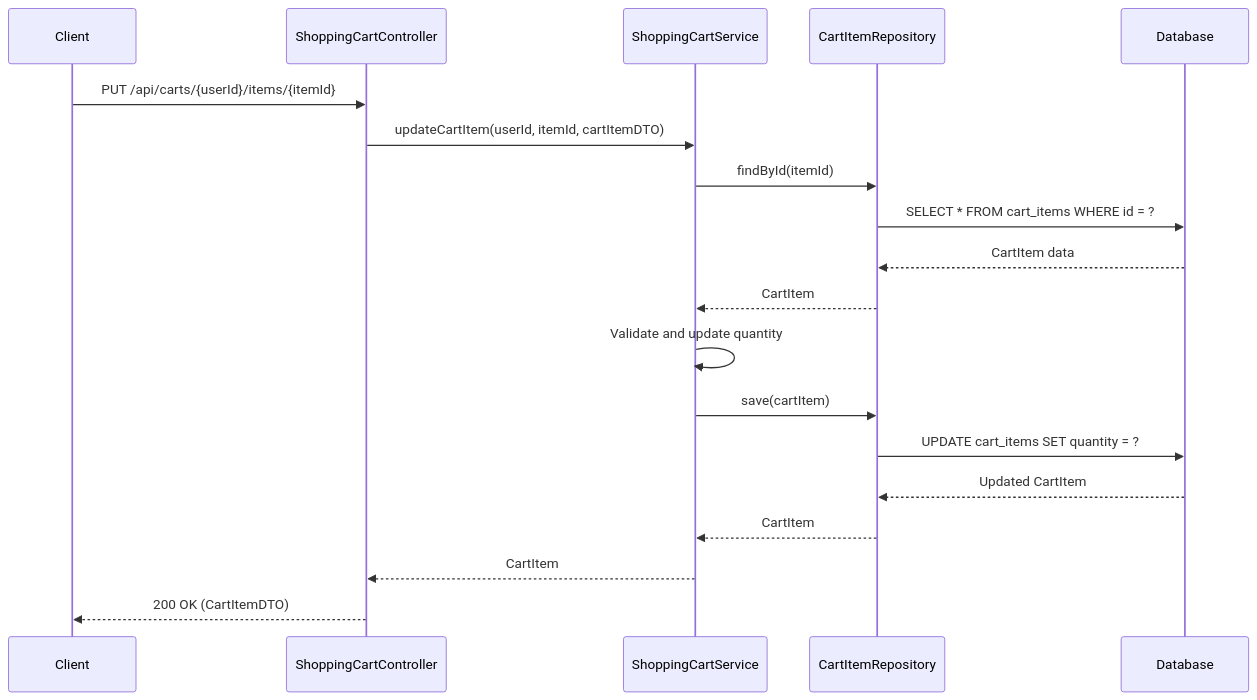
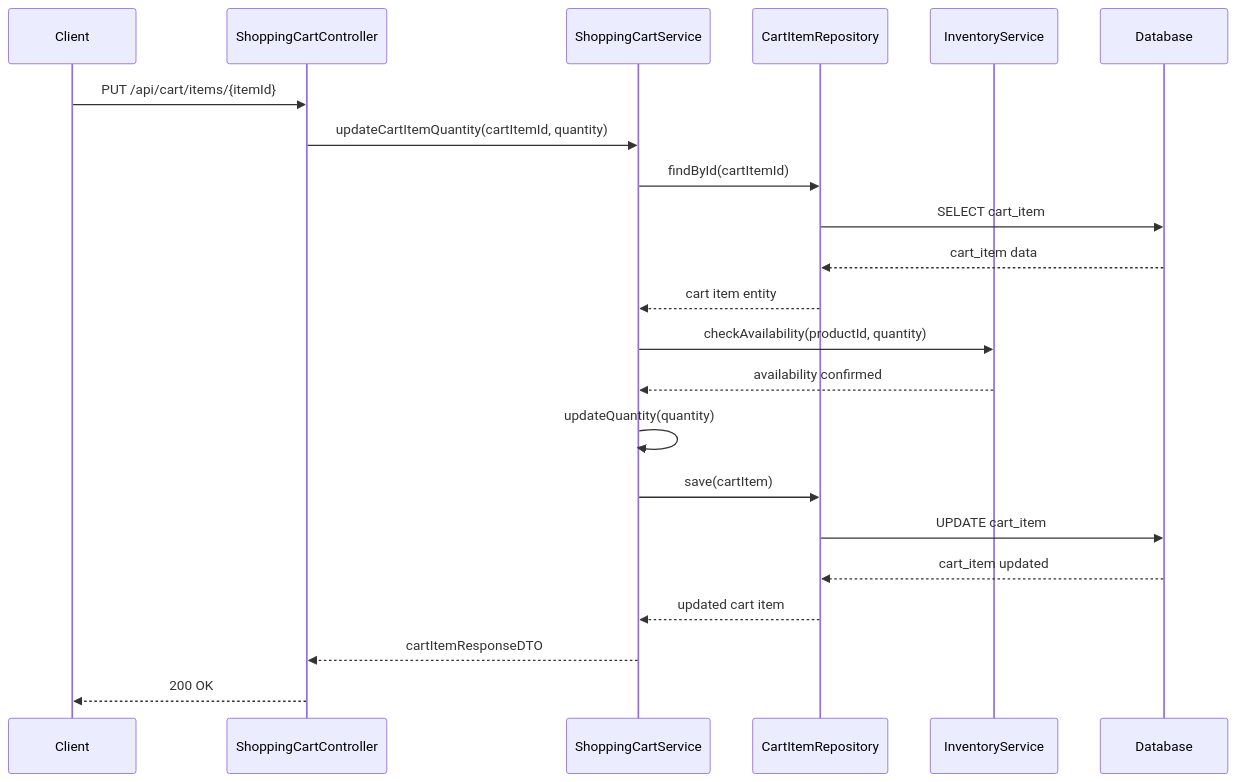
Before and after one commit to NavneetBN47/aava-ecom-demo: diagram 12 of 13 in docs/LLD/modified_lld.md, drawn with Mermaid. The commit also changed other lines of this file, not shown here.

````diff
--- a/docs/LLD/modified_lld.md
+++ b/docs/LLD/modified_lld.md
@@ -558,24 +548,25 @@
 ```mermaid
 sequenceDiagram
     participant Client
     participant ShoppingCartController
     participant ShoppingCartService
     participant CartItemRepository
+    participant InventoryService
     participant Database
 
-    Client->>ShoppingCartController: PUT /api/carts/{userId}/items/{itemId}
-    ShoppingCartController->>ShoppingCartService: updateCartItem(userId, itemId, cartItemDTO)
-    ShoppingCartService->>CartItemRepository: findById(itemId)
-    CartItemRepository->>Database: SELECT * FROM cart_items WHERE id = ?
-    Database-->>CartItemRepository: CartItem data
-    CartItemRepository-->>ShoppingCartService: CartItem
-    
-    ShoppingCartService->>ShoppingCartService: Validate and update quantity
+    Client->>ShoppingCartController: PUT /api/cart/items/{itemId}
+    ShoppingCartController->>ShoppingCartService: updateCartItemQuantity(cartItemId, quantity)
+    ShoppingCartService->>CartItemRepository: findById(cartItemId)
+    CartItemRepository->>Database: SELECT cart_item
+    Database-->>CartItemRepository: cart_item data
+    CartItemRepository-->>ShoppingCartService: cart item entity
+    ShoppingCartService->>InventoryService: checkAvailability(productId, quantity)
+    InventoryService-->>ShoppingCartService: availability confirmed
+    ShoppingCartService->>ShoppingCartService: updateQuantity(quantity)
     ShoppingCartService->>CartItemRepository: save(cartItem)
-    CartItemRepository->>Database: UPDATE cart_items SET quantity = ?
-    Database-->>CartItemRepository: Updated CartItem
-    CartItemRepository-->>ShoppingCartService: CartItem
-    
-    ShoppingCartService-->>ShoppingCartController: CartItem
-    ShoppingCartController-->>Client: 200 OK (CartItemDTO)
+    CartItemRepository->>Database: UPDATE cart_item
+    Database-->>CartItemRepository: cart_item updated
+    CartItemRepository-->>ShoppingCartService: updated cart item
+    ShoppingCartService-->>ShoppingCartController: cartItemResponseDTO
+    ShoppingCartController-->>Client: 200 OK
 ```
````
